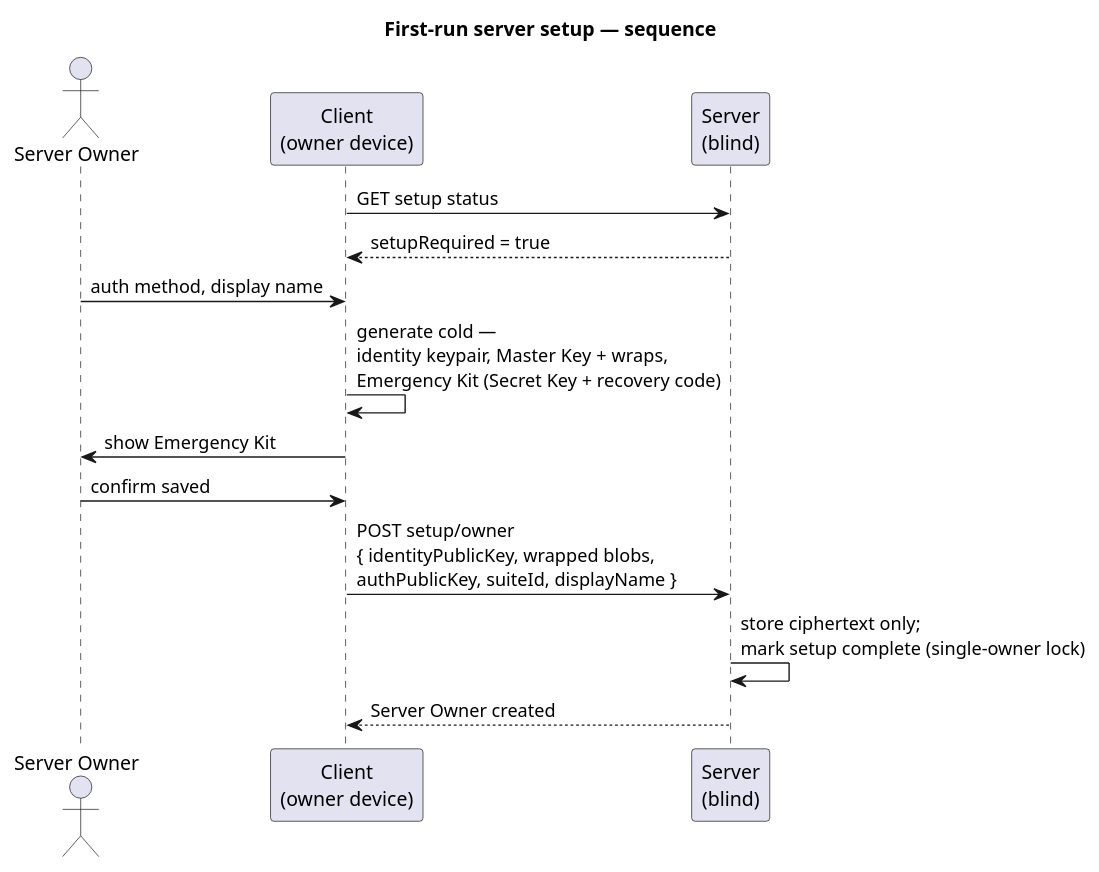
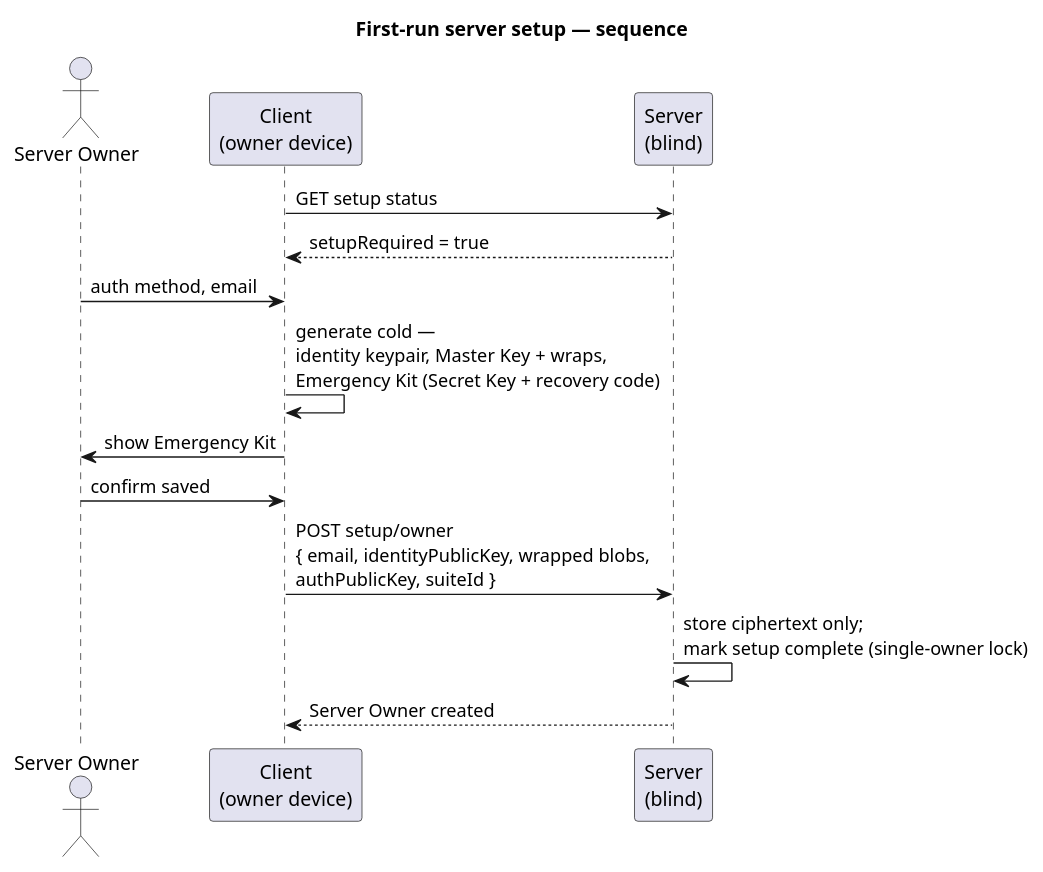
Before and after one commit to raddatzk/veyq-no-e2ee: the first of 2 diagrams in docs/features/admin/use-cases/uc.admin.setup-server.md, drawn with PlantUML. The commit also changed other lines of this file and 65 other files, not shown here.

````diff
--- a/docs/features/admin/use-cases/uc.admin.setup-server.md
+++ b/docs/features/admin/use-cases/uc.admin.setup-server.md
@@ -26,19 +27,19 @@
 ```plantuml
 @startuml
 title First-run server setup — sequence
 skinparam shadowing false
 actor "Server Owner" as O
 participant "Client\n(owner device)" as C
 participant "Server\n(blind)" as S
 
 C -> S : GET setup status
 S --> C : setupRequired = true
-O -> C : auth method, display name
+O -> C : auth method, email
 C -> C : generate cold —\nidentity keypair, Master Key + wraps,\nEmergency Kit (Secret Key + recovery code)
 C -> O : show Emergency Kit
 O -> C : confirm saved
-C -> S : POST setup/owner\n{ identityPublicKey, wrapped blobs,\nauthPublicKey, suiteId, displayName }
+C -> S : POST setup/owner\n{ email, identityPublicKey, wrapped blobs,\nauthPublicKey, suiteId }
 S -> S : store ciphertext only;\nmark setup complete (single-owner lock)
 S --> C : Server Owner created
 @enduml
 ```
````
